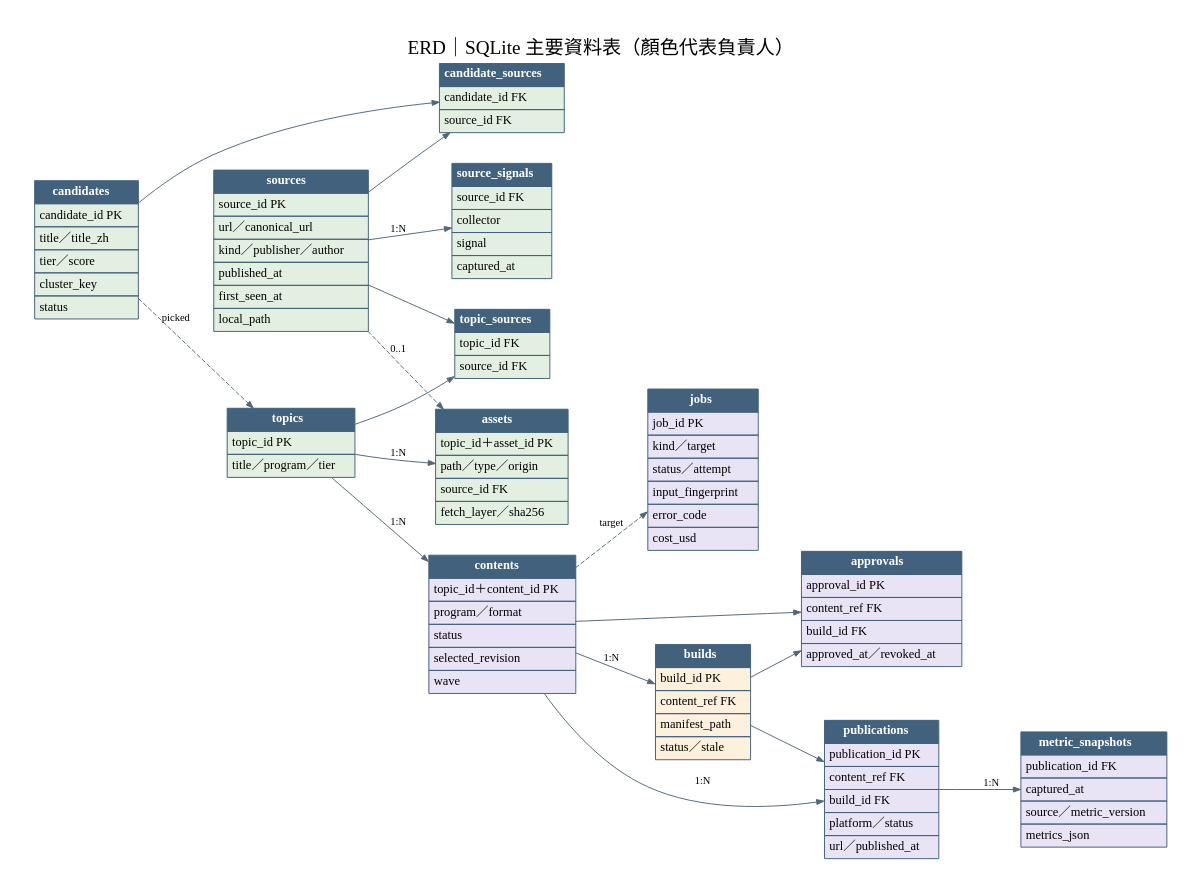
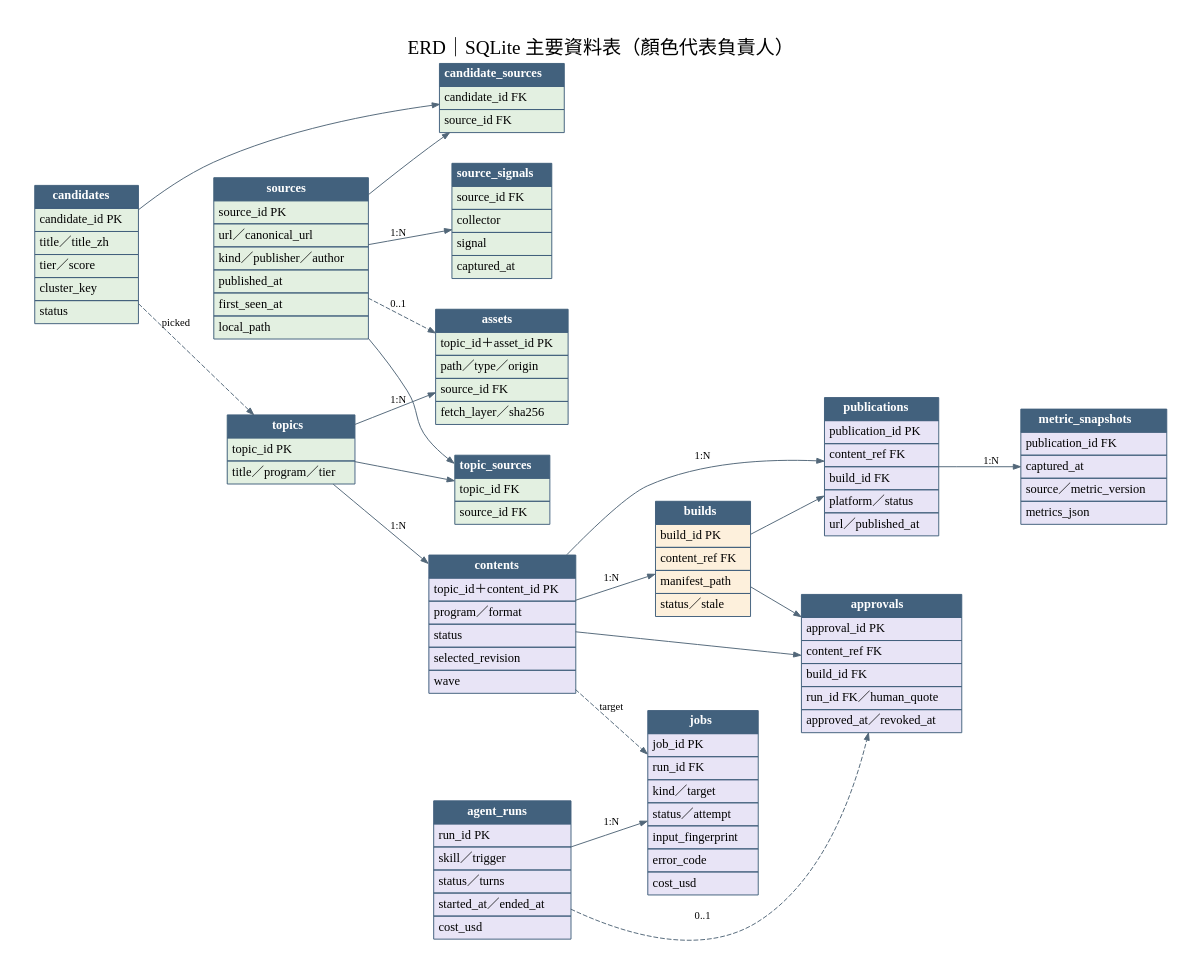
One commit to Zenobia000/AI_Media_Studio_content_pipe changed the diagram in docs/diagrams/erd.dot. Above: the diagram before and after it, drawn with Graphviz. The commit also changed 81 other files, not shown here.

First line of the commit message:
docs: switch orchestration to skills + agent and redraw diagrams (#5)

```diff
--- a/docs/diagrams/erd.dot
+++ b/docs/diagrams/erd.dot
@@ -1,24 +1,26 @@
 digraph G {
 graph [rankdir=LR, label="ERD｜SQLite 主要資料表（顏色代表負責人）"];
 graph [bgcolor="white", pad="0.4", nodesep="0.45", ranksep="0.6", fontname="Microsoft JhengHei", fontsize=20, labelloc=t, compound=true];
 node [shape=box, style="rounded,filled", fillcolor="#eef4fa", color="#42617d", fontname="Microsoft JhengHei", fontsize=13, margin="0.18,0.1"];
 edge [fontname="Microsoft JhengHei", fontsize=11, color="#526779", arrowsize=0.75];
 sources [shape=plain, label=<<table border="0" cellborder="1" cellspacing="0" cellpadding="4" bgcolor="#e3f0e1"><tr><td bgcolor="#42617d"><font color="white"><b>sources</b></font></td></tr><tr><td align="left">source_id PK</td></tr><tr><td align="left">url／canonical_url</td></tr><tr><td align="left">kind／publisher／author</td></tr><tr><td align="left">published_at</td></tr><tr><td align="left">first_seen_at</td></tr><tr><td align="left">local_path</td></tr></table>>];
 source_signals [shape=plain, label=<<table border="0" cellborder="1" cellspacing="0" cellpadding="4" bgcolor="#e3f0e1"><tr><td bgcolor="#42617d"><font color="white"><b>source_signals</b></font></td></tr><tr><td align="left">source_id FK</td></tr><tr><td align="left">collector</td></tr><tr><td align="left">signal</td></tr><tr><td align="left">captured_at</td></tr></table>>];
 candidates [shape=plain, label=<<table border="0" cellborder="1" cellspacing="0" cellpadding="4" bgcolor="#e3f0e1"><tr><td bgcolor="#42617d"><font color="white"><b>candidates</b></font></td></tr><tr><td align="left">candidate_id PK</td></tr><tr><td align="left">title／title_zh</td></tr><tr><td align="left">tier／score</td></tr><tr><td align="left">cluster_key</td></tr><tr><td align="left">status</td></tr></table>>];
 candidate_sources [shape=plain, label=<<table border="0" cellborder="1" cellspacing="0" cellpadding="4" bgcolor="#e3f0e1"><tr><td bgcolor="#42617d"><font color="white"><b>candidate_sources</b></font></td></tr><tr><td align="left">candidate_id FK</td></tr><tr><td align="left">source_id FK</td></tr></table>>];
 topics [shape=plain, label=<<table border="0" cellborder="1" cellspacing="0" cellpadding="4" bgcolor="#e3f0e1"><tr><td bgcolor="#42617d"><font color="white"><b>topics</b></font></td></tr><tr><td align="left">topic_id PK</td></tr><tr><td align="left">title／program／tier</td></tr></table>>];
 topic_sources [shape=plain, label=<<table border="0" cellborder="1" cellspacing="0" cellpadding="4" bgcolor="#e3f0e1"><tr><td bgcolor="#42617d"><font color="white"><b>topic_sources</b></font></td></tr><tr><td align="left">topic_id FK</td></tr><tr><td align="left">source_id FK</td></tr></table>>];
 assets [shape=plain, label=<<table border="0" cellborder="1" cellspacing="0" cellpadding="4" bgcolor="#e3f0e1"><tr><td bgcolor="#42617d"><font color="white"><b>assets</b></font></td></tr><tr><td align="left">topic_id＋asset_id PK</td></tr><tr><td align="left">path／type／origin</td></tr><tr><td align="left">source_id FK</td></tr><tr><td align="left">fetch_layer／sha256</td></tr></table>>];
 contents [shape=plain, label=<<table border="0" cellborder="1" cellspacing="0" cellpadding="4" bgcolor="#e8e4f6"><tr><td bgcolor="#42617d"><font color="white"><b>contents</b></font></td></tr><tr><td align="left">topic_id＋content_id PK</td></tr><tr><td align="left">program／format</td></tr><tr><td align="left">status</td></tr><tr><td align="left">selected_revision</td></tr><tr><td align="left">wave</td></tr></table>>];
-jobs [shape=plain, label=<<table border="0" cellborder="1" cellspacing="0" cellpadding="4" bgcolor="#e8e4f6"><tr><td bgcolor="#42617d"><font color="white"><b>jobs</b></font></td></tr><tr><td align="left">job_id PK</td></tr><tr><td align="left">kind／target</td></tr><tr><td align="left">status／attempt</td></tr><tr><td align="left">input_fingerprint</td></tr><tr><td align="left">error_code</td></tr><tr><td align="left">cost_usd</td></tr></table>>];
+agent_runs [shape=plain, label=<<table border="0" cellborder="1" cellspacing="0" cellpadding="4" bgcolor="#e8e4f6"><tr><td bgcolor="#42617d"><font color="white"><b>agent_runs</b></font></td></tr><tr><td align="left">run_id PK</td></tr><tr><td align="left">skill／trigger</td></tr><tr><td align="left">status／turns</td></tr><tr><td align="left">started_at／ended_at</td></tr><tr><td align="left">cost_usd</td></tr></table>>];
+jobs [shape=plain, label=<<table border="0" cellborder="1" cellspacing="0" cellpadding="4" bgcolor="#e8e4f6"><tr><td bgcolor="#42617d"><font color="white"><b>jobs</b></font></td></tr><tr><td align="left">job_id PK</td></tr><tr><td align="left">run_id FK</td></tr><tr><td align="left">kind／target</td></tr><tr><td align="left">status／attempt</td></tr><tr><td align="left">input_fingerprint</td></tr><tr><td align="left">error_code</td></tr><tr><td align="left">cost_usd</td></tr></table>>];
 builds [shape=plain, label=<<table border="0" cellborder="1" cellspacing="0" cellpadding="4" bgcolor="#fdf0dc"><tr><td bgcolor="#42617d"><font color="white"><b>builds</b></font></td></tr><tr><td align="left">build_id PK</td></tr><tr><td align="left">content_ref FK</td></tr><tr><td align="left">manifest_path</td></tr><tr><td align="left">status／stale</td></tr></table>>];
-approvals [shape=plain, label=<<table border="0" cellborder="1" cellspacing="0" cellpadding="4" bgcolor="#e8e4f6"><tr><td bgcolor="#42617d"><font color="white"><b>approvals</b></font></td></tr><tr><td align="left">approval_id PK</td></tr><tr><td align="left">content_ref FK</td></tr><tr><td align="left">build_id FK</td></tr><tr><td align="left">approved_at／revoked_at</td></tr></table>>];
+approvals [shape=plain, label=<<table border="0" cellborder="1" cellspacing="0" cellpadding="4" bgcolor="#e8e4f6"><tr><td bgcolor="#42617d"><font color="white"><b>approvals</b></font></td></tr><tr><td align="left">approval_id PK</td></tr><tr><td align="left">content_ref FK</td></tr><tr><td align="left">build_id FK</td></tr><tr><td align="left">run_id FK／human_quote</td></tr><tr><td align="left">approved_at／revoked_at</td></tr></table>>];
 publications [shape=plain, label=<<table border="0" cellborder="1" cellspacing="0" cellpadding="4" bgcolor="#e8e4f6"><tr><td bgcolor="#42617d"><font color="white"><b>publications</b></font></td></tr><tr><td align="left">publication_id PK</td></tr><tr><td align="left">content_ref FK</td></tr><tr><td align="left">build_id FK</td></tr><tr><td align="left">platform／status</td></tr><tr><td align="left">url／published_at</td></tr></table>>];
 metric_snapshots [shape=plain, label=<<table border="0" cellborder="1" cellspacing="0" cellpadding="4" bgcolor="#e8e4f6"><tr><td bgcolor="#42617d"><font color="white"><b>metric_snapshots</b></font></td></tr><tr><td align="left">publication_id FK</td></tr><tr><td align="left">captured_at</td></tr><tr><td align="left">source／metric_version</td></tr><tr><td align="left">metrics_json</td></tr></table>>];
 sources -> source_signals [label="1:N"]; candidates -> candidate_sources; sources -> candidate_sources;
 topics -> topic_sources; sources -> topic_sources; topics -> assets [label="1:N"]; sources -> assets [style=dashed, label="0..1"];
 topics -> contents [label="1:N"]; contents -> builds [label="1:N"]; contents -> jobs [style=dashed, label="target"];
 builds -> approvals; contents -> approvals; builds -> publications; contents -> publications [label="1:N"];
 publications -> metric_snapshots [label="1:N"]; candidates -> topics [style=dashed, label="picked"];
+agent_runs -> jobs [label="1:N"]; agent_runs -> approvals [style=dashed, label="0..1"];
 }
```
